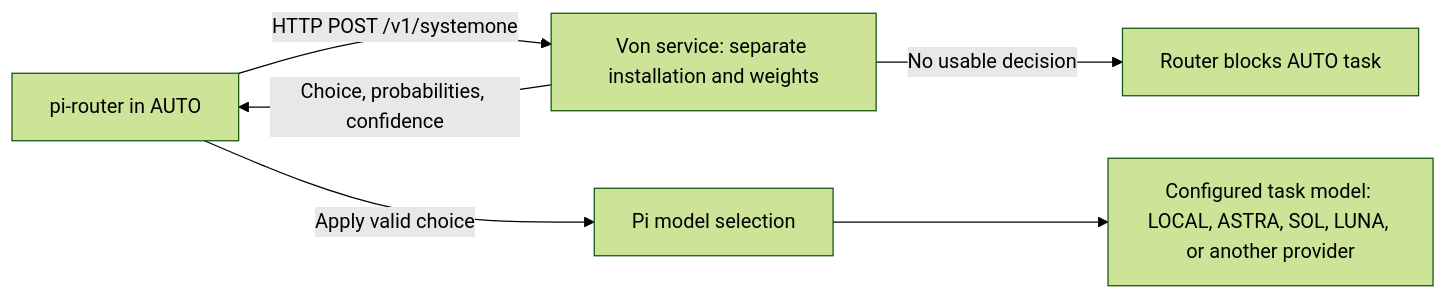
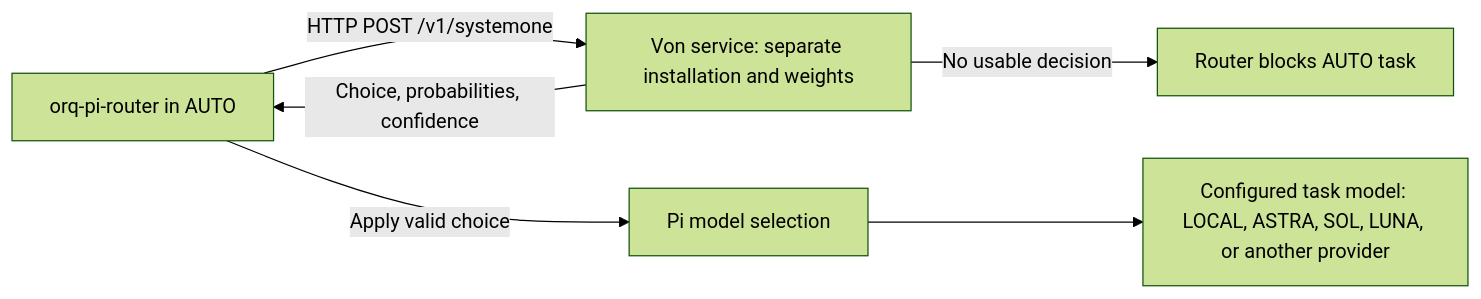
The third of 5 diagrams in README.md (orq0/orq-pi-router), drawn with Mermaid (forest theme) before and after one commit. The commit also changed other lines of this file and 2 other files, not shown here.

Commit message:
Correct project name to orq-pi-router

````diff
--- a/README.md
+++ b/README.md
@@ -72,8 +72,8 @@
 ```mermaid
 flowchart LR
-    R[pi-router in AUTO] -->|HTTP POST /v1/systemone| V[Von service: separate installation and weights]
+    R[orq-pi-router in AUTO] -->|HTTP POST /v1/systemone| V[Von service: separate installation and weights]
     V -->|Choice, probabilities, confidence| R
     R -->|Apply valid choice| P[Pi model selection]
     P --> T[Configured task model: LOCAL, ASTRA, SOL, LUNA, or another provider]
     V -->|No usable decision| B[Router blocks AUTO task]
 ```
````
